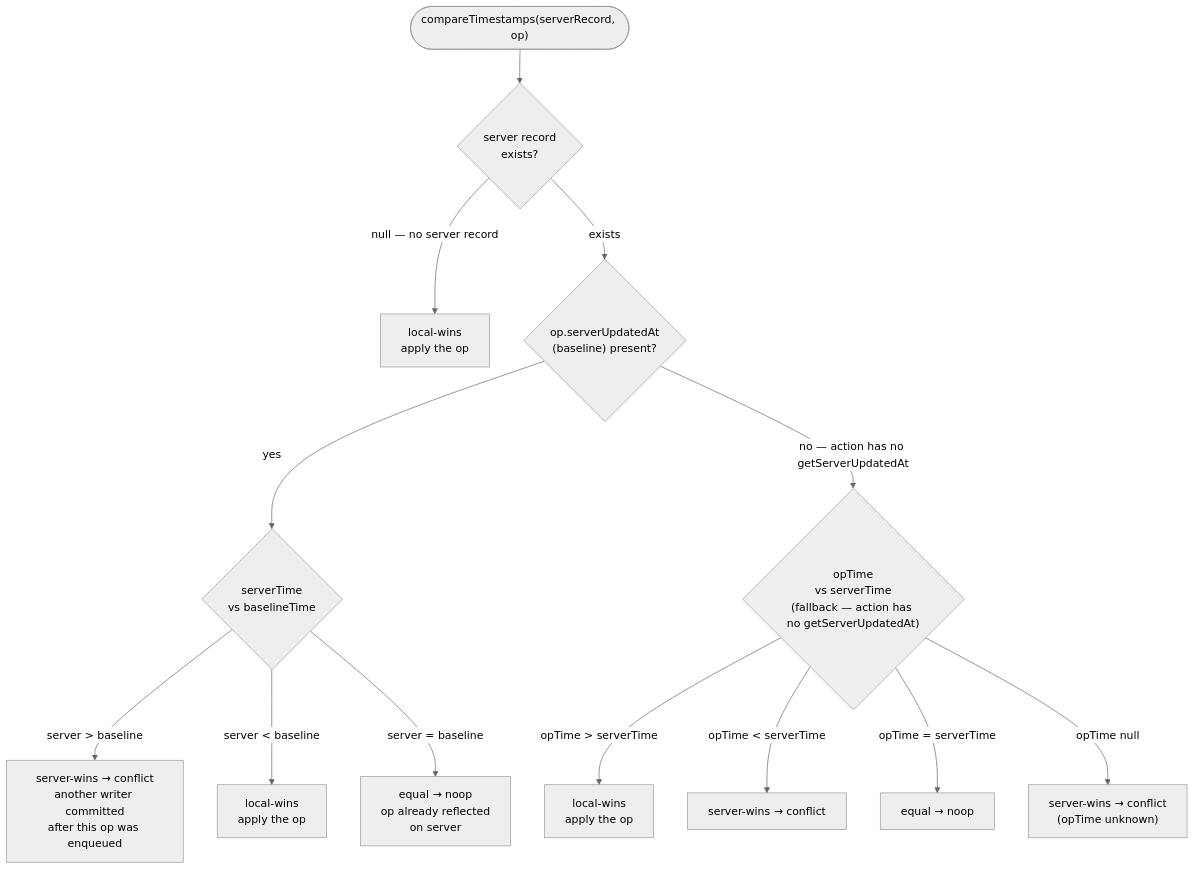
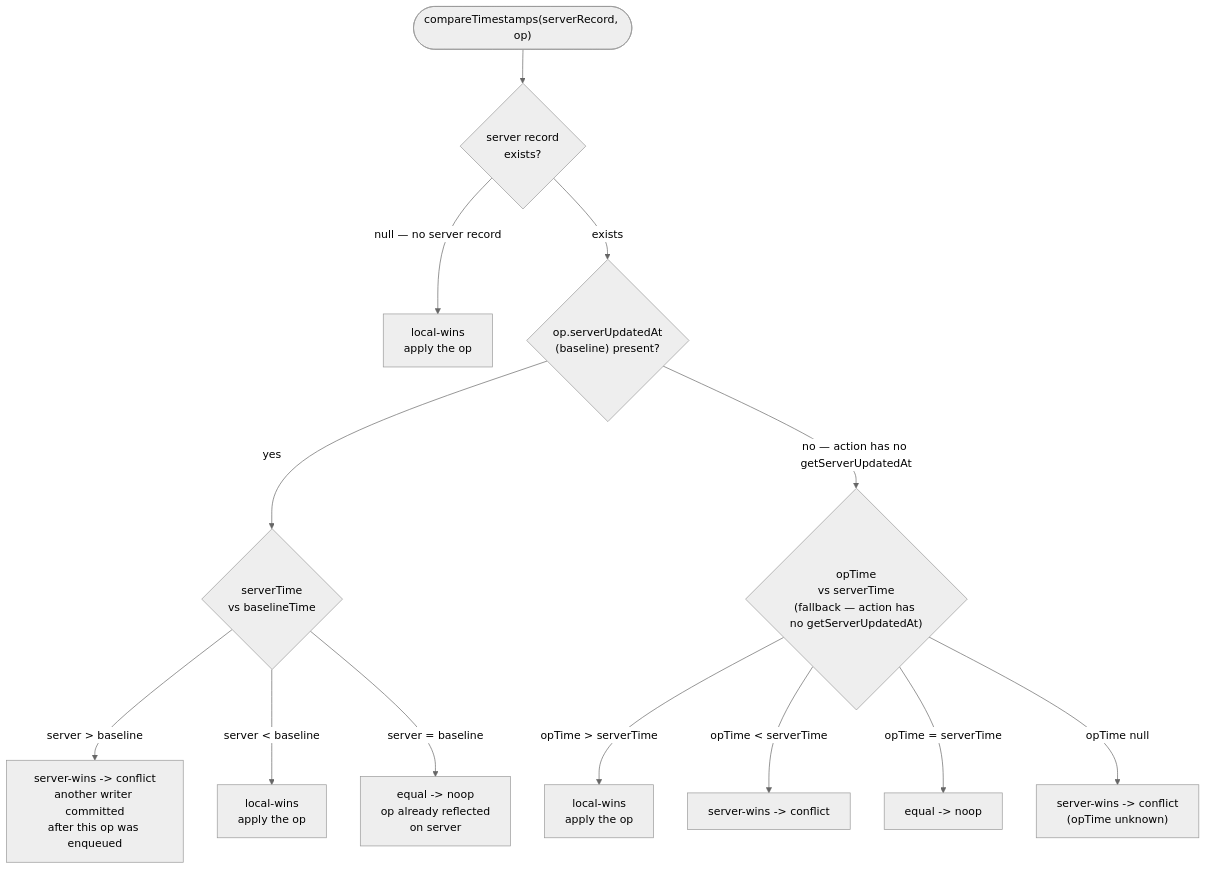
The third of 3 diagrams in src/features/dal/DIAGRAM.md (toolkits-gg/toolkitsgg-web-tanstack), drawn with Mermaid (neutral theme) before and after one commit. The commit also changed 13 other files, not shown here.

````diff
--- a/src/features/dal/DIAGRAM.md
+++ b/src/features/dal/DIAGRAM.md
@@ -111,36 +111,36 @@
 ```mermaid
 flowchart TD
     Start(["compareTimestamps(serverRecord, op)"])
 
     A{"server record\nexists?"}
     LW1["local-wins\napply the op"]
 
     B{"op.serverUpdatedAt\n(baseline) present?"}
 
     C{"serverTime\nvs baselineTime"}
-    SW1["server-wins → conflict\nanother writer committed\nafter this op was enqueued"]
+    SW1["server-wins -> conflict\nanother writer committed\nafter this op was enqueued"]
     LW2["local-wins\napply the op"]
-    EQ1["equal → noop\nop already reflected\non server"]
+    EQ1["equal -> noop\nop already reflected\non server"]
 
     D{"opTime\nvs serverTime\n(fallback — action has no getServerUpdatedAt)"}
-    SW2["server-wins → conflict"]
+    SW2["server-wins -> conflict"]
     LW3["local-wins\napply the op"]
-    EQ2["equal → noop"]
-    SW3["server-wins → conflict\n(opTime unknown)"]
+    EQ2["equal -> noop"]
+    SW3["server-wins -> conflict\n(opTime unknown)"]
 
     Start --> A
     A -->|"null — no server record"| LW1
     A -->|"exists"| B
 
     B -->|"yes"| C
     B -->|"no — action has no getServerUpdatedAt"| D
 
     C -->|"server > baseline"| SW1
     C -->|"server < baseline"| LW2
     C -->|"server = baseline"| EQ1
 
     D -->|"opTime > serverTime"| LW3
     D -->|"opTime < serverTime"| SW2
     D -->|"opTime = serverTime"| EQ2
     D -->|"opTime null"| SW3
 ```
````
